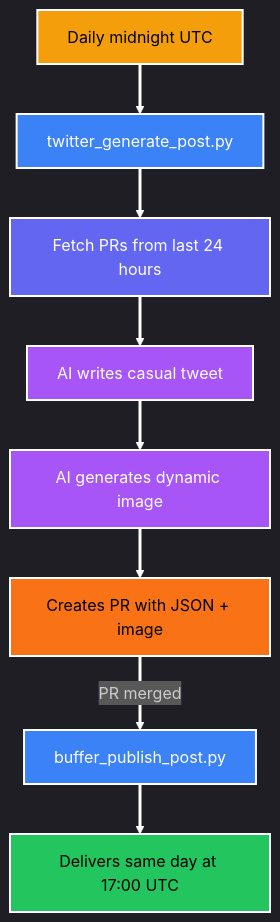
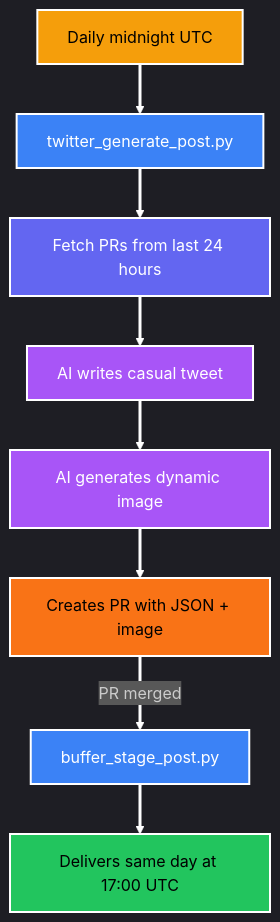
Before and after one commit to pollinations/pollinations: the diagram in social/README-twitter.md, drawn with Mermaid. The commit also changed other lines of this file and 9 other files, not shown here.

First line of the commit message:
fix(social): rename buffer_publish → buffer_stage, add image URL retries, fix PR preview

````diff
--- a/social/README-twitter.md
+++ b/social/README-twitter.md
@@ -23,20 +23,20 @@
 ```mermaid
 %%{init: {'theme': 'dark', 'themeVariables': { 'lineColor': '#ffffff' }}}%%
 flowchart TD
     A["Daily midnight UTC"]:::trigger --> B["twitter_generate_post.py"]:::script
     B --> C["Fetch PRs from last 24 hours"]:::process
     C --> D["AI writes casual tweet"]:::ai
     D --> E["AI generates dynamic image"]:::ai
     E --> F["Creates PR with JSON + image"]:::pr
-    F -->|PR merged| G["buffer_publish_post.py"]:::script
+    F -->|PR merged| G["buffer_stage_post.py"]:::script
     G --> H["Delivers same day at 17:00 UTC"]:::output
 
     classDef trigger fill:#f59e0b,stroke:#fff,stroke-width:2px,color:#000
     classDef script fill:#3b82f6,stroke:#fff,stroke-width:2px,color:#fff
     classDef process fill:#6366f1,stroke:#fff,stroke-width:2px,color:#fff
     classDef ai fill:#a855f7,stroke:#fff,stroke-width:2px,color:#fff
     classDef pr fill:#f97316,stroke:#fff,stroke-width:2px,color:#000
     classDef output fill:#22c55e,stroke:#fff,stroke-width:2px,color:#000
 
     linkStyle default stroke:#ffffff,stroke-width:3px
 ```
````
